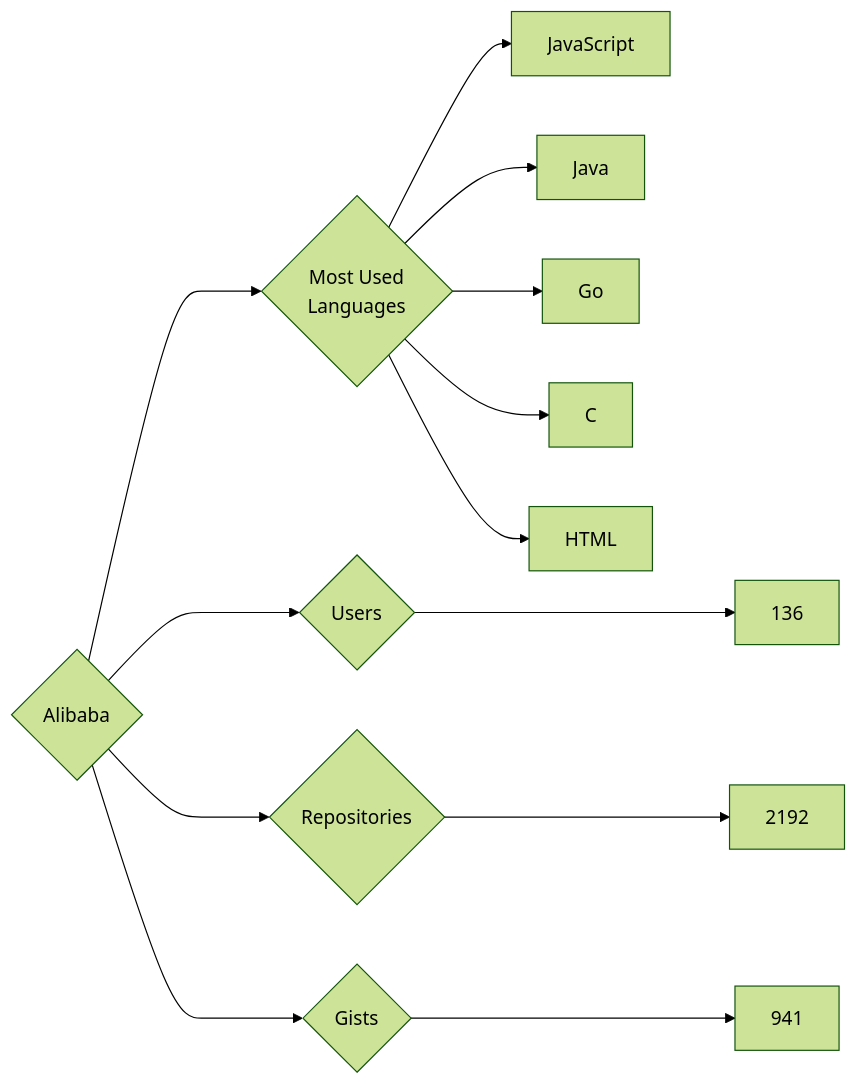
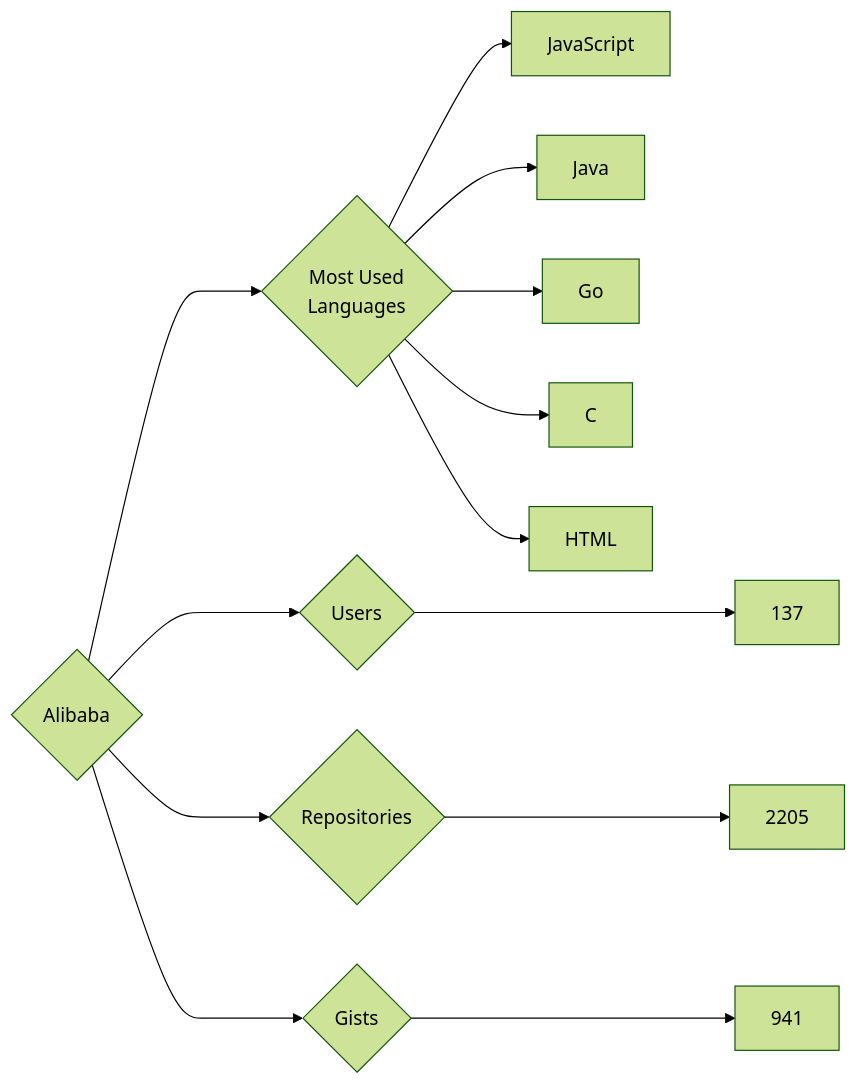
One commit to trickest/insiders changed the diagram in targets/Alibaba/README.md. Above: the diagram before and after it, drawn with Mermaid (forest theme). The commit also changed 679 other files, not shown here.

````diff
--- a/targets/Alibaba/README.md
+++ b/targets/Alibaba/README.md
@@ -3,13 +3,13 @@
 ```mermaid
 graph LR
 COMPANY_NAME{Alibaba}
-COMPANY_NAME ---> U{Users} ---> UN[136]
-COMPANY_NAME ---> R{Repositories} ---> RN[2192]
+COMPANY_NAME ---> U{Users} ---> UN[137]
+COMPANY_NAME ---> R{Repositories} ---> RN[2205]
 COMPANY_NAME ---> G{Gists} ---> GN[941]
 COMPANY_NAME ---> ML{Most Used<br>Languages}
 ML --> JavaScript[JavaScript]
 ML --> Java[Java]
 ML --> Go[Go]
 ML --> C[C]
 ML --> HTML[HTML]
 ```
````
